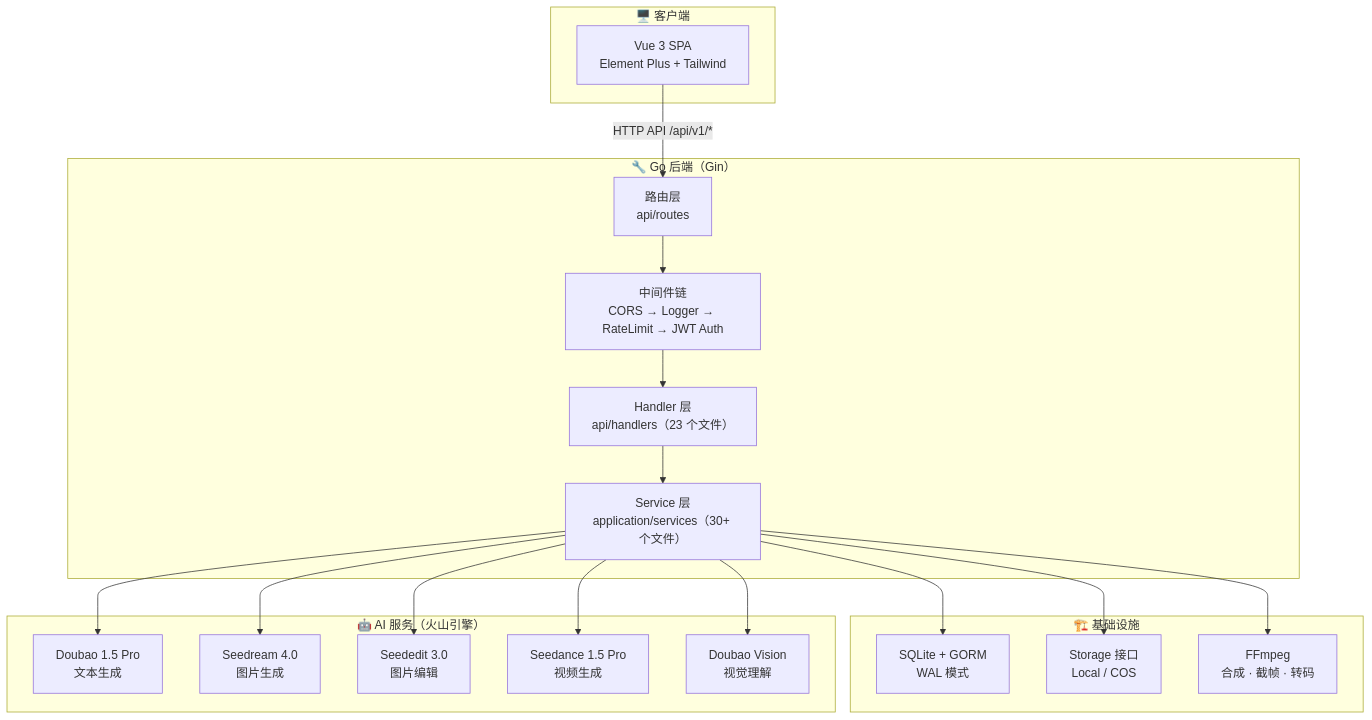
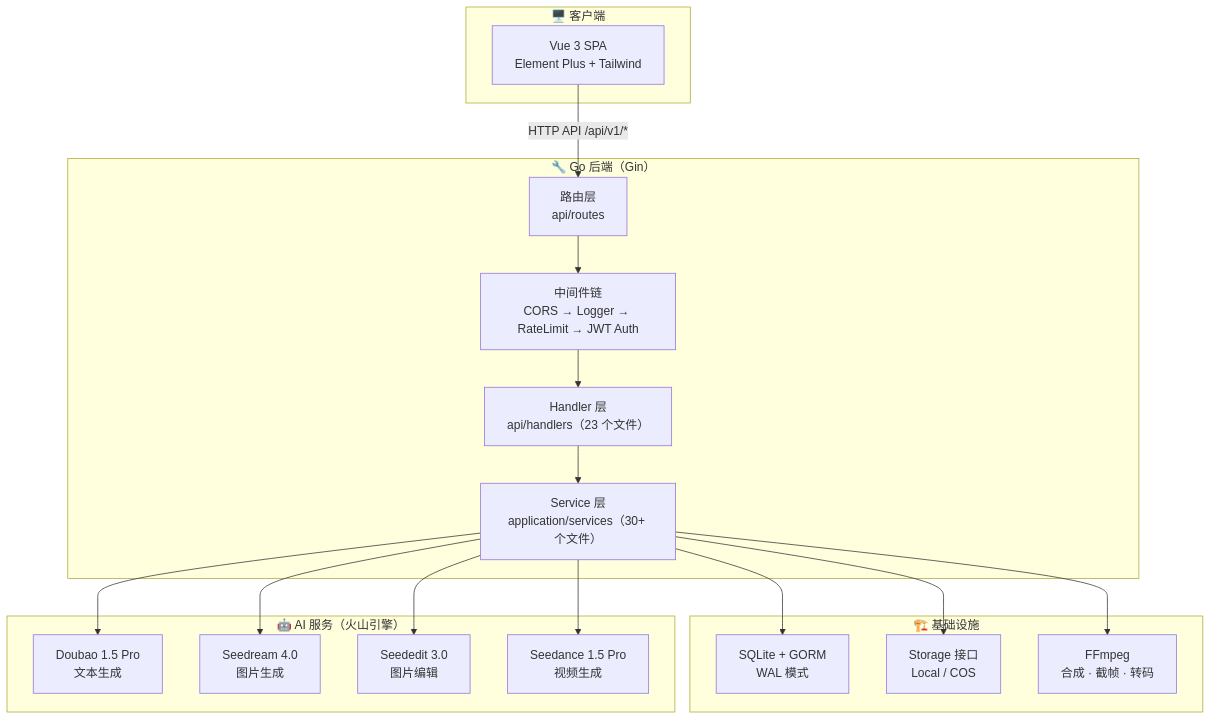
Before and after one commit to chenweidu666/CineMaker_Public: the first of 8 diagrams in docs/guides/2_技术架构.md, drawn with Mermaid. The commit also changed other lines of this file and 6 other files, not shown here.

````diff
--- a/docs/guides/2_技术架构.md
+++ b/docs/guides/2_技术架构.md
@@ -22,39 +22,37 @@
 ```mermaid
 flowchart TB
     subgraph client ["🖥️ 客户端"]
         Browser["Vue 3 SPA<br/>Element Plus + Tailwind"]
     end
 
     subgraph server ["🔧 Go 后端（Gin）"]
         Router["路由层<br/>api/routes"]
         MW["中间件链<br/>CORS → Logger → RateLimit → JWT Auth"]
         Handlers["Handler 层<br/>api/handlers（23 个文件）"]
         Services["Service 层<br/>application/services（30+ 个文件）"]
     end
 
     subgraph infra ["🏗️ 基础设施"]
         DB["SQLite + GORM<br/>WAL 模式"]
         Storage["Storage 接口<br/>Local / COS"]
         FFmpeg["FFmpeg<br/>合成 · 截帧 · 转码"]
     end
 
     subgraph ai ["🤖 AI 服务（火山引擎）"]
         TextAI["Doubao 1.5 Pro<br/>文本生成"]
         ImageAI["Seedream 4.0<br/>图片生成"]
         EditAI["Seededit 3.0<br/>图片编辑"]
         VideoAI["Seedance 1.5 Pro<br/>视频生成"]
-        VisionAI["Doubao Vision<br/>视觉理解"]
     end
 
     Browser -->|"HTTP API /api/v1/*"| Router
     Router --> MW --> Handlers
     Handlers --> Services
     Services --> DB
     Services --> Storage
     Services --> FFmpeg
     Services --> TextAI
     Services --> ImageAI
     Services --> EditAI
     Services --> VideoAI
-    Services --> VisionAI
 ```
````
